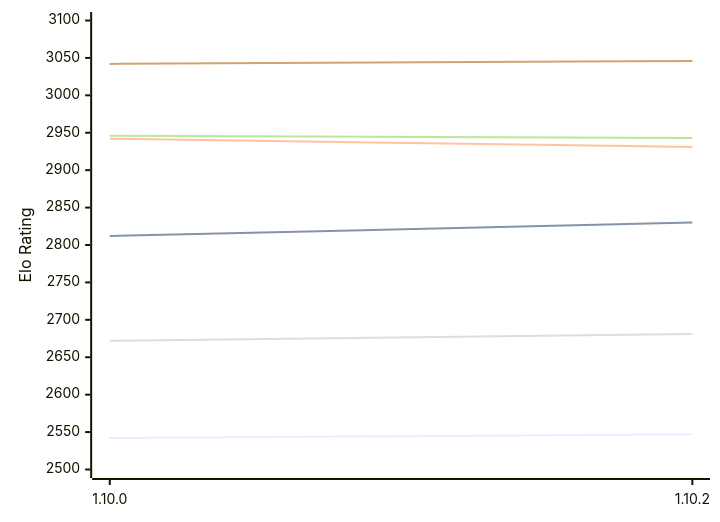
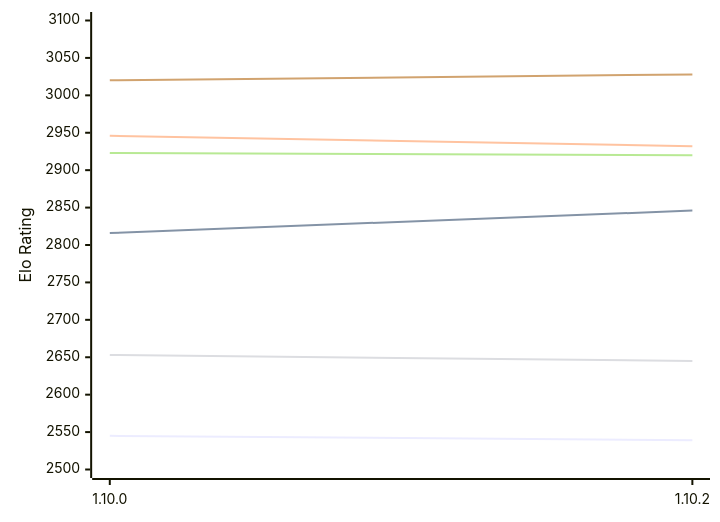
The first of 2 diagrams in engines/Basilisk.md (computer-chess-index/cci), drawn with Mermaid before and after one commit. The commit also changed other lines of this file, not shown here.

Commit message:
Update CCI Ratings (ELO VLTC) - 2026-10-18

````diff
--- a/engines/Basilisk.md
+++ b/engines/Basilisk.md
@@ -61,12 +61,12 @@
 ```mermaid
 %%{init: {"theme":"base","themeVariables":{"seriesColors:['#a3a3a3','#222221','#faa371']}}}%%
 xychart-beta
   x-axis ["1.10.0", "1.10.2"]
   y-axis "Elo Rating" 2500 --> 3100
-  line "E1: STC (8.0+0.08s)" [2542, 2547]
-  line "E1: LTC (60.0+0.60s)" [2812, 2830]
-  line "E1: VLTC (2m24s+1.12s)" [2942, 2931]
-  line "P1: STC (8.0+0.08s)" [2672, 2681]
-  line "P1: LTC (60.0+0.60s)" [2946, 2943]
-  line "P1: VLTC (2m24s+1.12s)" [3042, 3046]
+  line "E1: STC (8.0+0.08s)" [2545, 2539]
+  line "E1: LTC (60.0+0.60s)" [2816, 2846]
+  line "E1: VLTC (2m24s+1.12s)" [2946, 2932]
+  line "P1: STC (8.0+0.08s)" [2653, 2645]
+  line "P1: LTC (60.0+0.60s)" [2923, 2920]
+  line "P1: VLTC (2m24s+1.12s)" [3020, 3028]
 ```
````
